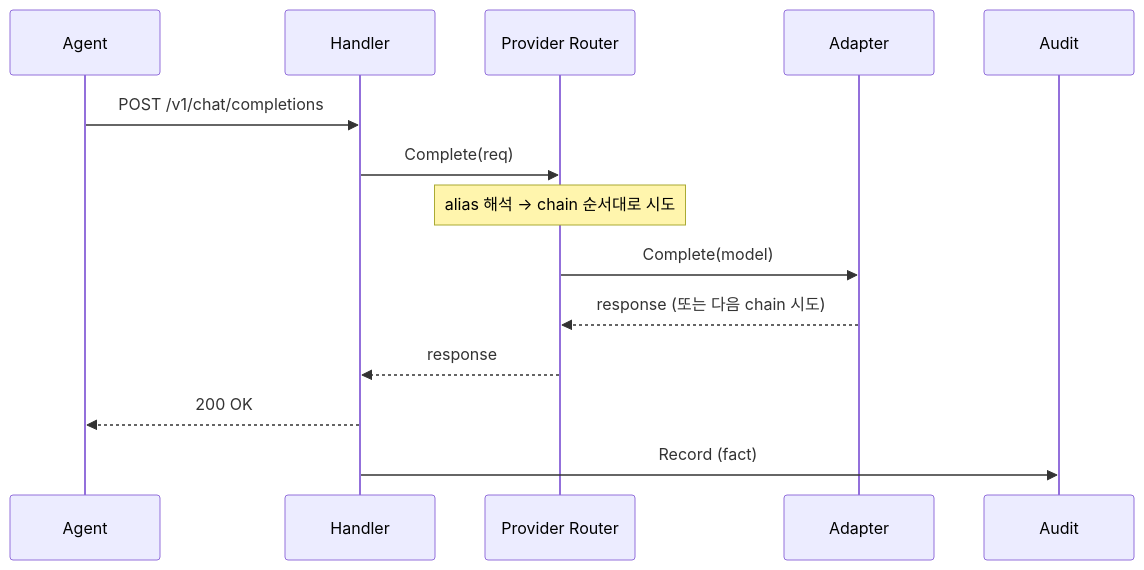
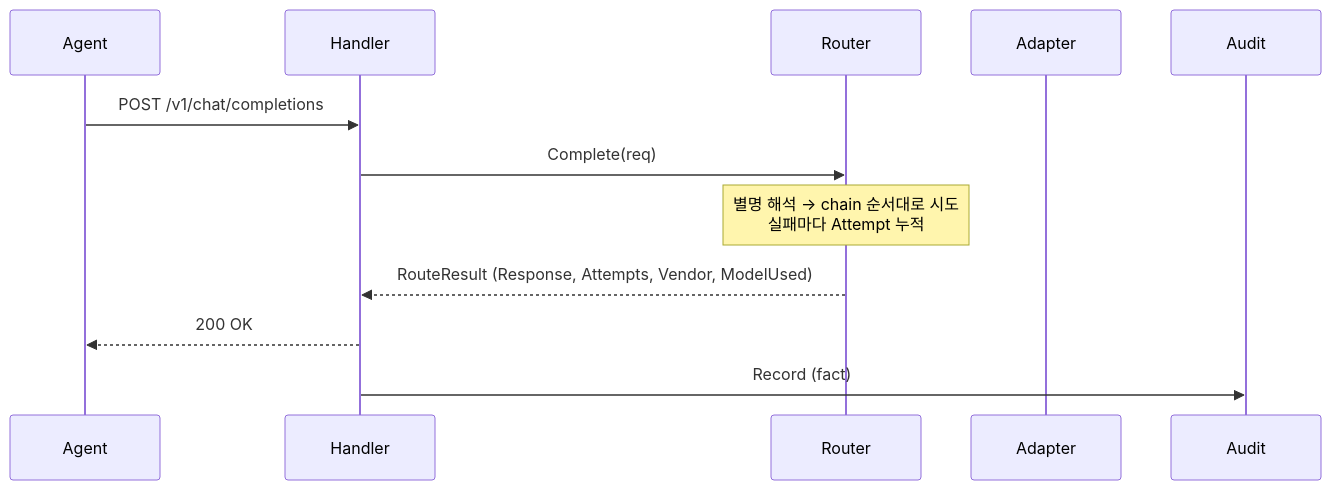
One commit to cagojeiger/llmgate changed the second of 2 diagrams in docs/architecture.md. Above: the diagram before and after it, drawn with Mermaid. The commit also changed other lines of this file, not shown here.

````diff
--- a/docs/architecture.md
+++ b/docs/architecture.md
@@ -61,17 +97,15 @@
 ```mermaid
 sequenceDiagram
     participant A as Agent
     participant H as Handler
-    participant R as Provider Router
+    participant R as Router
     participant P as Adapter
     participant Au as Audit
 
     A->>H: POST /v1/chat/completions
     H->>R: Complete(req)
-    Note over R: alias 해석 → chain 순서대로 시도
-    R->>P: Complete(model)
-    P-->>R: response (또는 다음 chain 시도)
-    R-->>H: response
+    Note over R: 별명 해석 → chain 순서대로 시도<br/>실패마다 Attempt 누적
+    R-->>H: RouteResult (Response, Attempts, Vendor, ModelUsed)
     H-->>A: 200 OK
     H->>Au: Record (fact)
 ```
````
